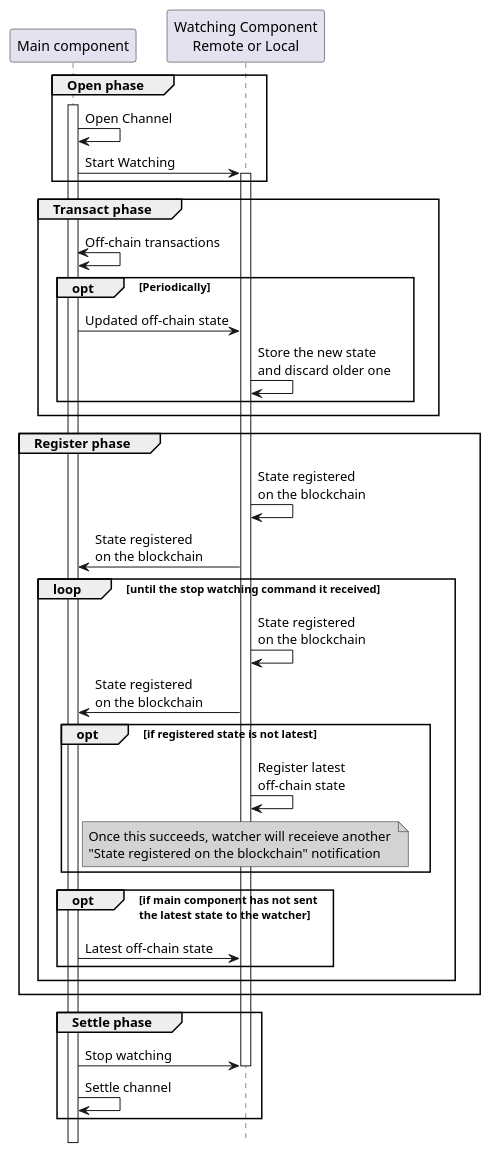
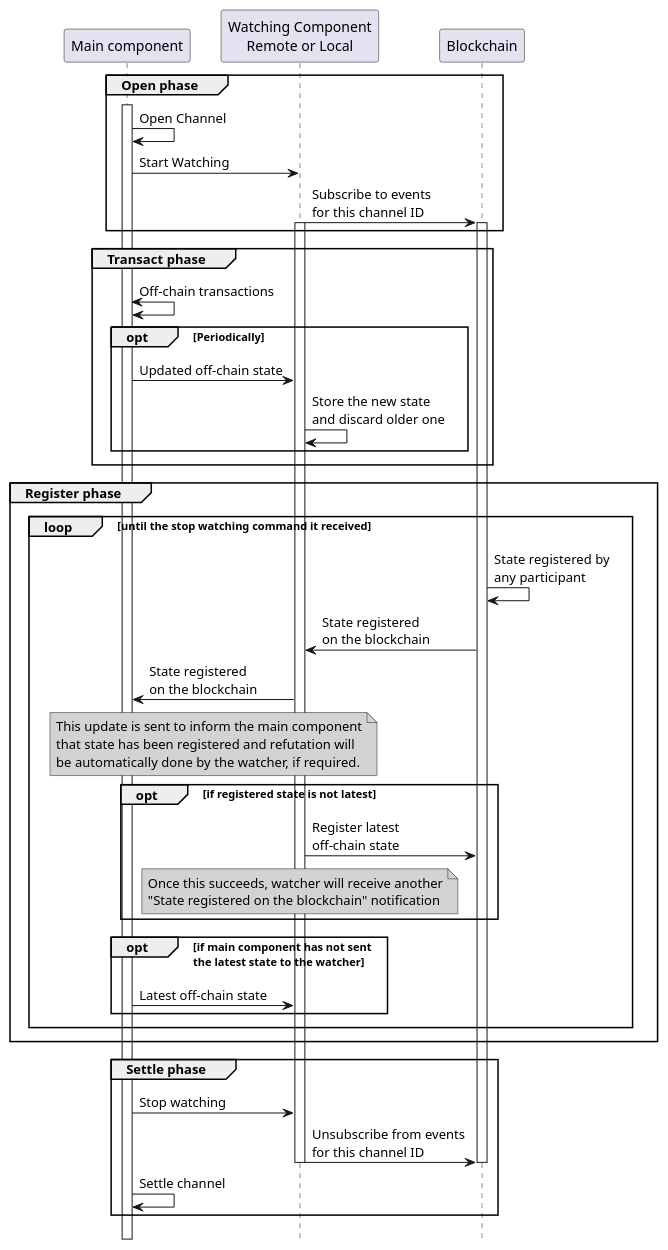
Before and after one commit to hyperledger-labs/perun-proposals: the diagram in design/004/watcher.plantuml, drawn with PlantUML. The commit also changed 1 other file, not shown here.

Commit message:
Update watcher design
1. Remove the sequence for handling state registered event in the
   register phase before the loop. Because, it is duplication of same
   sequence inside the loop.

2. Add blockhain as an actor to clearly show where that the watcher is
   interacting with the blockchain.

3. Add a note to say that loop in register phase will have been started
   immediately after in parallel to transact phase after subscribing to
   events.

```diff
--- a/design/004/watcher.plantuml
+++ b/design/004/watcher.plantuml
@@ -4,51 +4,60 @@
 @startuml watcher
 !pragma teoz true
 hide footbox
 
 participant "Main component" as main_component
 participant "Watching Component\nRemote or Local" as watcher
+participant "Blockchain" as blockchain
 
 group Open phase
 activate main_component
 main_component -> main_component: Open Channel
 main_component -> watcher: Start Watching
+watcher -> blockchain: Subscribe to events\nfor this channel ID
 activate watcher
+activate blockchain
 end
 
 group Transact phase 
 main_component <-> main_component: Off-chain transactions
 opt Periodically
 main_component -> watcher: Updated off-chain state
 watcher -> watcher: Store the new state\nand discard older one
 end
 end
 
 group Register phase
-watcher -> watcher: State registered\non the blockchain
+loop until the stop watching command it received
+blockchain -> blockchain: State registered by\nany participant
+watcher <- blockchain: State registered\non the blockchain
 main_component <- watcher: State registered\non the blockchain
-loop until the stop watching command it received
-watcher -> watcher: State registered\non the blockchain
-main_component <- watcher: State registered\non the blockchain
+note over main_component, watcher #LightGray
+This update is sent to inform the main component
+that state has been registered and refutation will
+be automatically done by the watcher, if required.
+end note
 opt if registered state is not latest
-watcher -> watcher: Register latest\noff-chain state
+watcher -> blockchain: Register latest\noff-chain state
 note over watcher #LightGray
-Once this succeeds, watcher will receieve another 
+Once this succeeds, watcher will receive another
 "State registered on the blockchain" notification
 end note
 end
 opt if main component has not sent\nthe latest state to the watcher
 main_component -> watcher: Latest off-chain state
 end
 end
 end
 
 
 group Settle phase 
 main_component -> watcher: Stop watching
+watcher -> blockchain: Unsubscribe from events\nfor this channel ID
+deactivate blockchain
 deactivate watcher
 main_component -> main_component: Settle channel
 end
 
 
 
 @enduml
```
